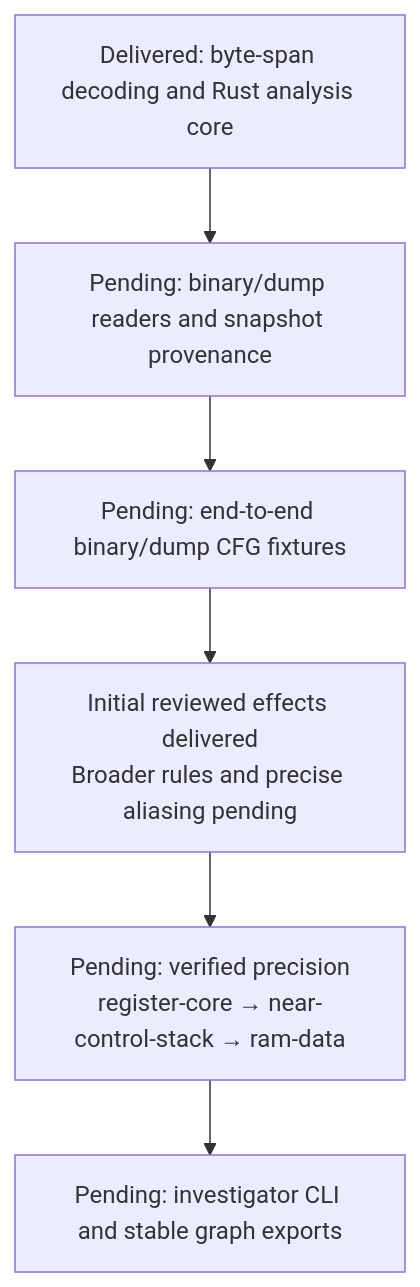
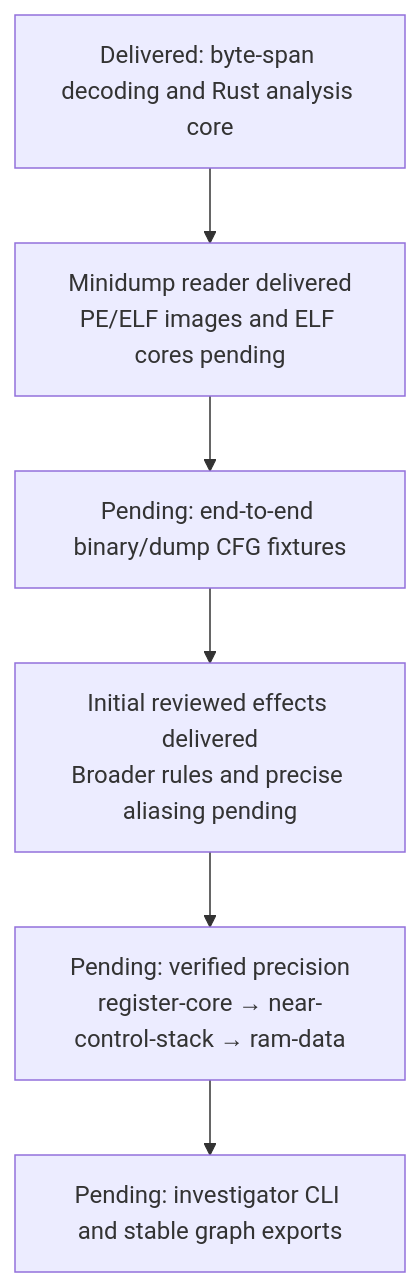
Before and after one commit to NzSN/Ariadne: the second of 2 diagrams in CHECKPOINTS.md, drawn with Mermaid. The commit also changed other lines of this file and 33 other files, not shown here.

````diff
--- a/CHECKPOINTS.md
+++ b/CHECKPOINTS.md
@@ -80,10 +82,10 @@
 ```mermaid
 flowchart TD
     A["Delivered: byte-span decoding and Rust analysis core"]
-    B["Pending: binary/dump readers and snapshot provenance"]
+    B["Minidump reader delivered<br/>PE/ELF images and ELF cores pending"]
     C["Pending: end-to-end binary/dump CFG fixtures"]
     D["Initial reviewed effects delivered<br/>Broader rules and precise aliasing pending"]
     E["Pending: verified precision<br/>register-core → near-control-stack → ram-data"]
     F["Pending: investigator CLI and stable graph exports"]
     A --> B --> C --> D --> E --> F
 ```
````
